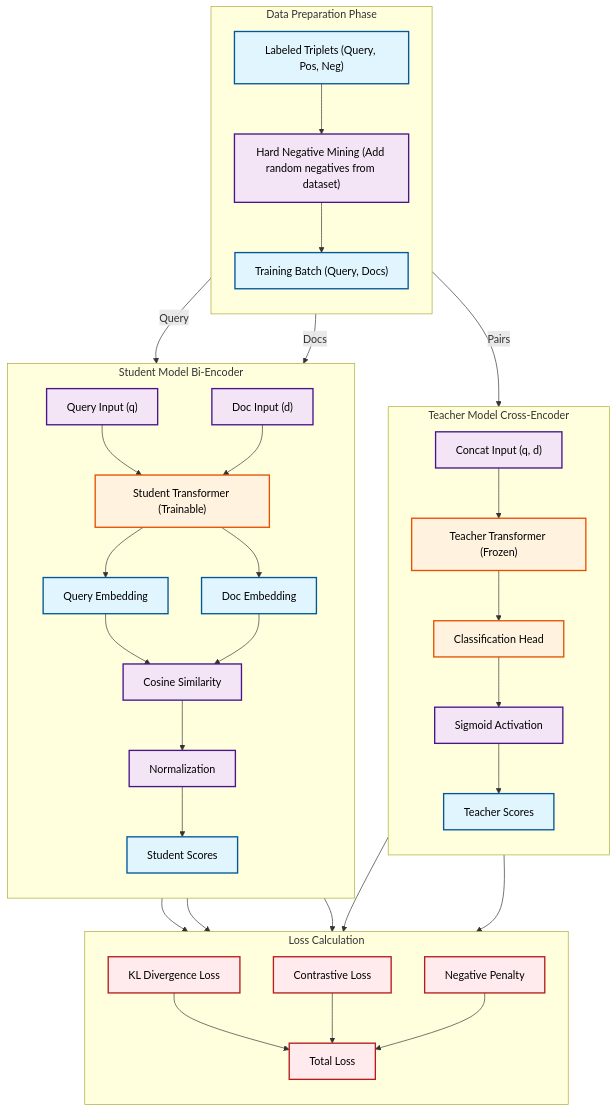
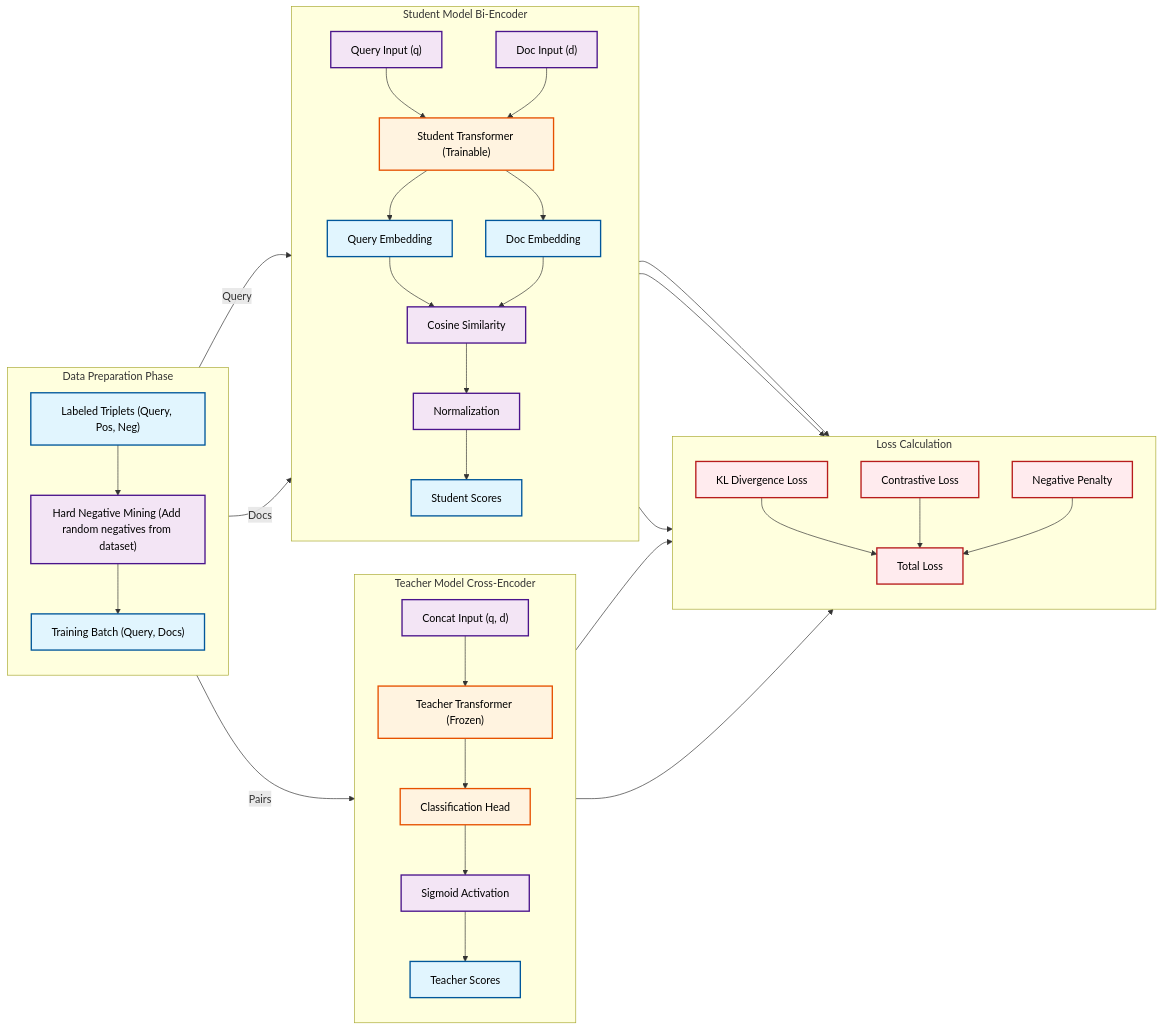
The diagram in README.md (KeonhoChu/cross-encoder-distillation), drawn with Mermaid before and after one commit.

````diff
--- a/README.md
+++ b/README.md
@@ -4,5 +4,5 @@
 ```mermaid
-graph TD
+graph LR
     %% Styles
     classDef data fill:#e1f5fe,stroke:#01579b,stroke-width:2px,color:black;
     classDef model fill:#fff3e0,stroke:#e65100,stroke-width:2px,color:black;
````
